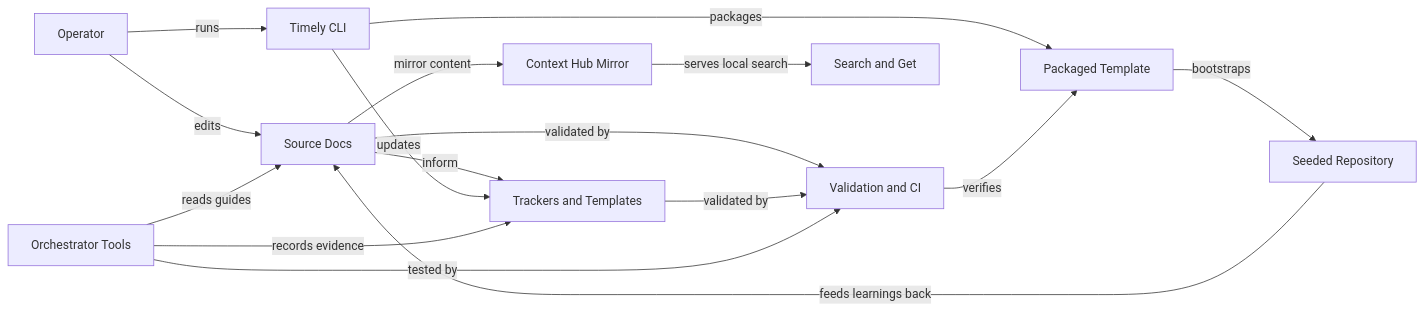
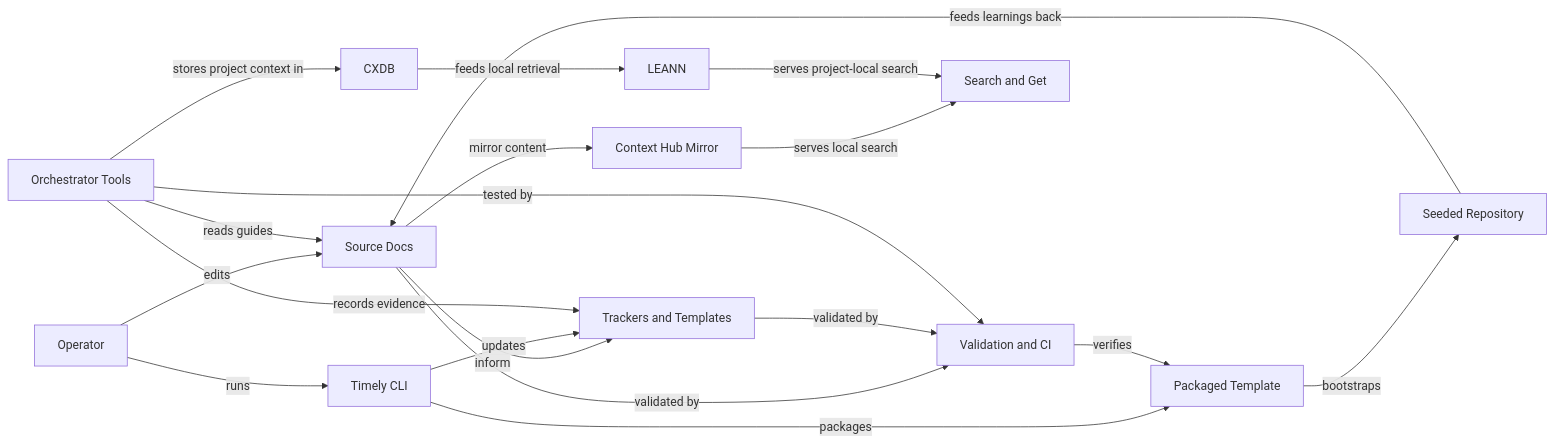
One commit to 0manish/timely-playbook changed the diagram in .timely-core/DFD.md. Above: the diagram before and after it, drawn with Mermaid. The commit also changed 43 other files, not shown here.

Commit message:
reworked cxdb and leann

````diff
--- a/.timely-core/DFD.md
+++ b/.timely-core/DFD.md
@@ -3,29 +3,34 @@
 ```mermaid
 flowchart LR
     Operator[Operator]
     Docs[Source Docs]
     Trackers[Trackers and Templates]
     CLI[Timely CLI]
     Orchestrator[Orchestrator Tools]
     Chub[Context Hub Mirror]
+    CXDB[CXDB]
+    LEANN[LEANN]
     CI[Validation and CI]
     Package[Packaged Template]
     Downstream[Seeded Repository]
     Retrieval[Search and Get]
 
     Operator -->|edits| Docs
     Operator -->|runs| CLI
     Docs -->|inform| Trackers
     Docs -->|mirror content| Chub
     CLI -->|updates| Trackers
     CLI -->|packages| Package
     Orchestrator -->|reads guides| Docs
     Orchestrator -->|records evidence| Trackers
+    Orchestrator -->|stores project context in| CXDB
+    CXDB -->|feeds local retrieval| LEANN
     Chub -->|serves local search| Retrieval
+    LEANN -->|serves project-local search| Retrieval
     Docs -->|validated by| CI
     Trackers -->|validated by| CI
     Orchestrator -->|tested by| CI
     CI -->|verifies| Package
     Package -->|bootstraps| Downstream
     Downstream -->|feeds learnings back| Docs
 ```
````
